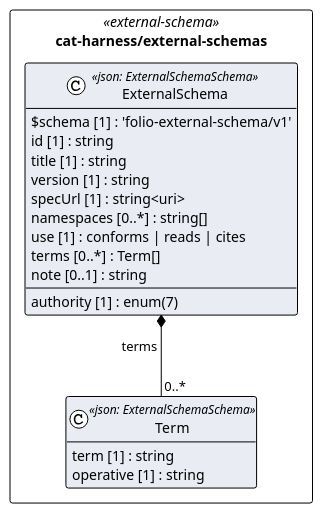
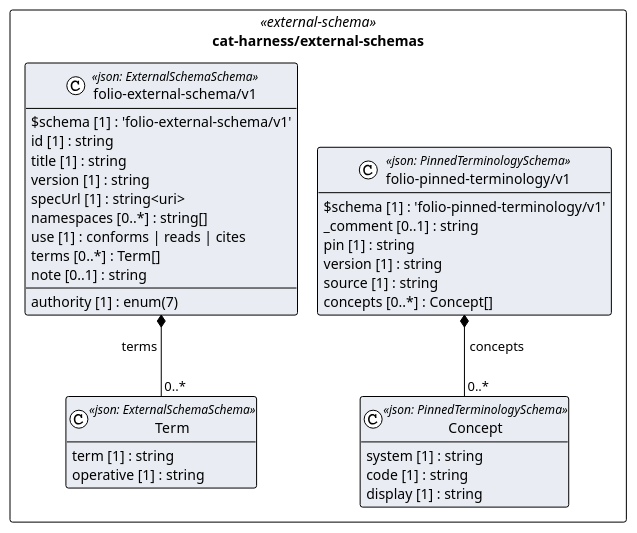
One commit to litlfred/folio-assistant changed the diagram in cat-harness/uml/overview/cat-harness/external-schemas.puml. Above: the diagram before and after it, drawn with PlantUML. The commit also changed 22 other files, not shown here.

First line of the commit message:
external-schemas/ holds TWO families now — classify by $schema, never by extension

```diff
--- a/cat-harness/uml/overview/cat-harness/external-schemas.puml
+++ b/cat-harness/uml/overview/cat-harness/external-schemas.puml
@@ -3,29 +3,43 @@
 @startuml cat_harness_external_schemas
 !pragma layout elk
 !theme plain
 skinparam classAttributeIconSize 0
 skinparam shadowing false
 skinparam packageStyle rectangle
 hide empty methods
 
 package "cat-harness/external-schemas" as pkg_cat_harness_external_schemas <<external-schema>> {
-  class "Term" as cat_harness_external_schemas_Term <<json: ExternalSchemaSchema>> #e9edf3 {
+  class "Term" as cat_harness_external_schemas_folio_external_schema_v1_Term <<json: ExternalSchemaSchema>> #e9edf3 {
     term [1] : string
     operative [1] : string
   }
-  class "ExternalSchema" as cat_harness_external_schemas_ExternalSchema <<json: ExternalSchemaSchema>> #e9edf3 {
+  class "folio-external-schema/v1" as cat_harness_external_schemas_folio_external_schema_v1_folio_external_schema_v1 <<json: ExternalSchemaSchema>> #e9edf3 {
     $schema [1] : 'folio-external-schema/v1'
     id [1] : string
     authority [1] : enum(7)
     title [1] : string
     version [1] : string
     specUrl [1] : string<uri>
     namespaces [0..*] : string[]
     use [1] : conforms | reads | cites
     terms [0..*] : Term[]
     note [0..1] : string
   }
+  class "Concept" as cat_harness_external_schemas_folio_pinned_terminology_v1_Concept <<json: PinnedTerminologySchema>> #e9edf3 {
+    system [1] : string
+    code [1] : string
+    display [1] : string
+  }
+  class "folio-pinned-terminology/v1" as cat_harness_external_schemas_folio_pinned_terminology_v1_folio_pinned_terminology_v1 <<json: PinnedTerminologySchema>> #e9edf3 {
+    $schema [1] : 'folio-pinned-terminology/v1'
+    _comment [0..1] : string
+    pin [1] : string
+    version [1] : string
+    source [1] : string
+    concepts [0..*] : Concept[]
+  }
 }
 
-cat_harness_external_schemas_ExternalSchema *-- "0..*" cat_harness_external_schemas_Term : terms
+cat_harness_external_schemas_folio_external_schema_v1_folio_external_schema_v1 *-- "0..*" cat_harness_external_schemas_folio_external_schema_v1_Term : terms
+cat_harness_external_schemas_folio_pinned_terminology_v1_folio_pinned_terminology_v1 *-- "0..*" cat_harness_external_schemas_folio_pinned_terminology_v1_Concept : concepts
 @enduml
```
